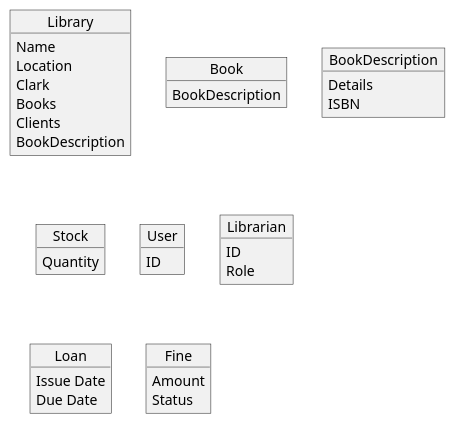
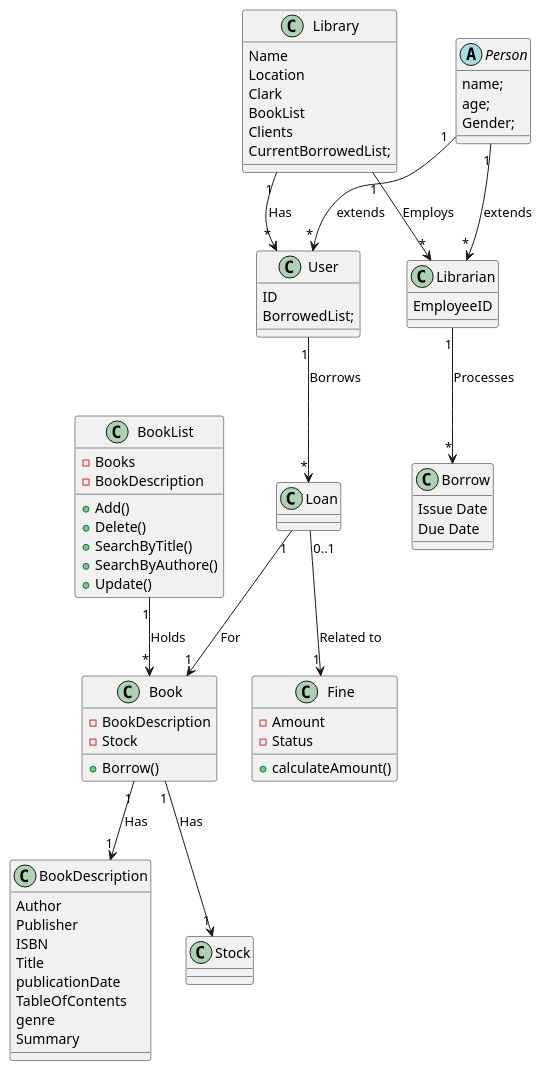
Before and after one commit to SalmaAzeem/library-system: the diagram in diagrams/DCD/DCD.puml, drawn with PlantUML. The commit also changed 9 other files, not shown here.

```diff
--- a/diagrams/DCD/DCD.puml
+++ b/diagrams/DCD/DCD.puml
@@ -1,43 +1,74 @@
 @startuml
 'https://plantuml.com/class-diagram
 
-object Library {
+class Library {
   Name
   Location
   Clark
-  Books
+  BookList
   Clients
-  BookDescription
+  CurrentBorrowedList;
 }
-object Book {
- BookDescription
+class BookList {
+  - Books
+  -BookDescription
+ + Add()
+ + Delete()
+ + SearchByTitle()
+ + SearchByAuthore()
+ + Update()
+}
+class Book {
+ - BookDescription
+ - Stock
+ + Borrow()
 
 }
-object BookDescription {
-  Details
+class BookDescription {
+  Author
+  Publisher
   ISBN
+  Title
+  publicationDate
+  TableOfContents
+  genre
+  Summary
+}
+class User {
+  ID
+  BorrowedList;
+
 }
 
-object Stock {
-  Quantity
+abstract class Person{
+  name;
+  age;
+  Gender;
 }
 
-object User {
-  ID
+class Librarian {
+     EmployeeID
 }
 
-object Librarian {
-  ID
-  Role
-}
-
-object Loan {
+class Borrow {
   Issue Date
   Due Date
 }
 
-object Fine {
-  Amount
-  Status
+class Fine {
+  - Amount
+  - Status
+  + calculateAmount()
 }
+BookList "1" --> "*" Book : Holds
+Book "1" --> "1" BookDescription : Has
+Person "1" -->"*" Librarian : extends
+Person "1" -->"*" User : extends
+Library "1" --> "*" User : Has
+Library "1" --> "*" Librarian : Employs
+Book "1" --> "1" Stock : Has
+User "1" --> "*" Loan : Borrows
+Loan "1" --> "1" Book : For
+Loan "0..1" --> "1" Fine : Related to
+Librarian "1" --> "*" Borrow : Processes
 @enduml
```
